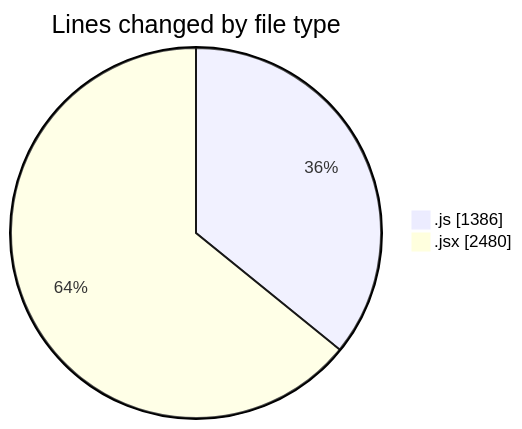
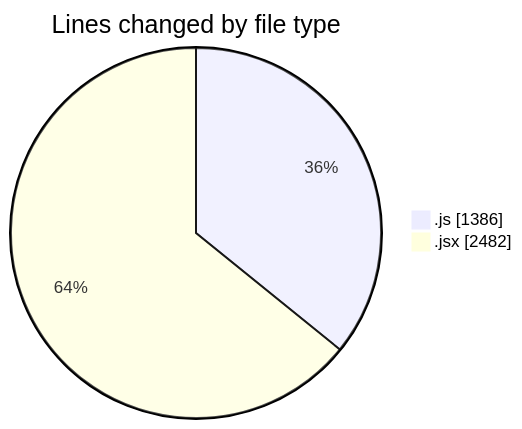
Before and after one commit to nxtqubesakshisongat/code-tracking: the first of 2 diagrams in 2025-07-29/nxtqube_webapp/README.md, drawn with Mermaid. The commit also changed other lines of this file and 1 other file, not shown here.

````diff
--- a/2025-07-29/nxtqube_webapp/README.md
+++ b/2025-07-29/nxtqube_webapp/README.md
@@ -30,6 +30,6 @@
 ```mermaid
 pie showData
 title Lines changed by file type
 ".js" : 1386
-".jsx" : 2480
+".jsx" : 2482
 ```
````
